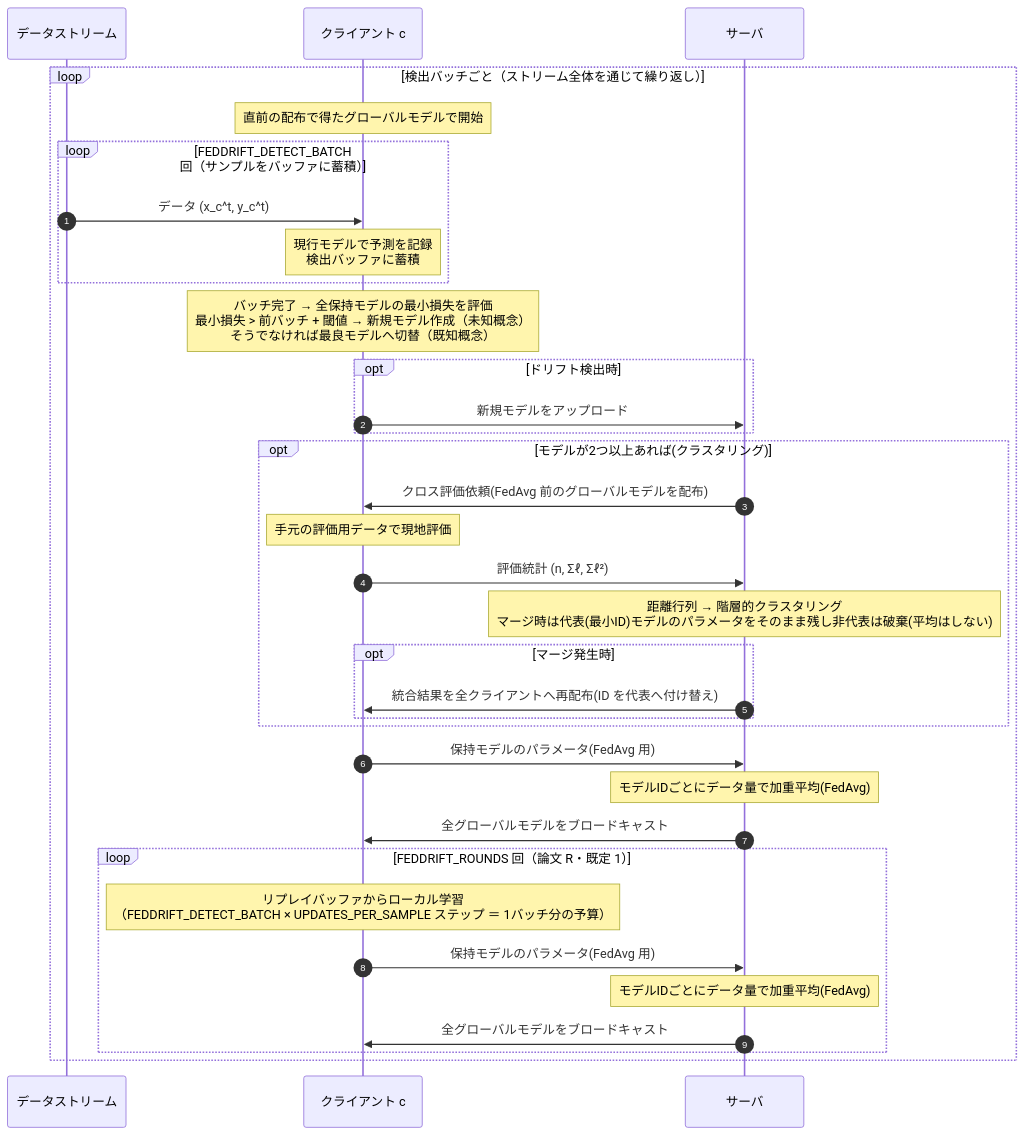
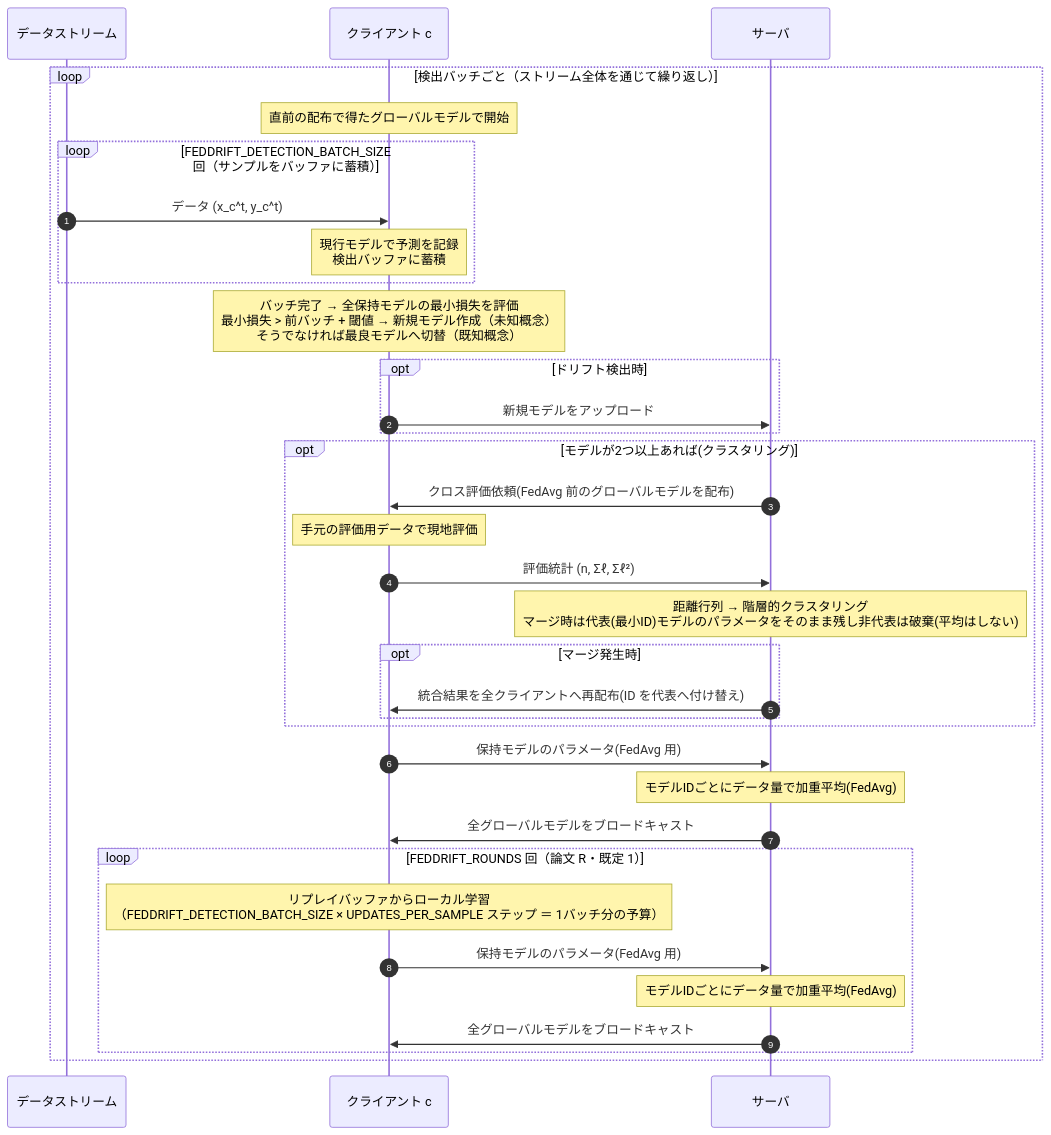
The fourth of 5 diagrams in docs/sequence-diagrams.md (shimmen3141/FedSDA-experiment), drawn with Mermaid before and after one commit. The commit also changed other lines of this file and 26 other files, not shown here.

Commit message:
Define canonical experiment parameter schema

````diff
--- a/docs/sequence-diagrams.md
+++ b/docs/sequence-diagrams.md
@@ -281,41 +281,41 @@
 ```mermaid
 sequenceDiagram
     autonumber
     participant D as データストリーム
     participant C as クライアント c
     participant S as サーバ
 
     loop 検出バッチごと（ストリーム全体を通じて繰り返し）
         Note over C: 直前の配布で得たグローバルモデルで開始
 
-        loop FEDDRIFT_DETECT_BATCH 回（サンプルをバッファに蓄積）
+        loop FEDDRIFT_DETECTION_BATCH_SIZE 回（サンプルをバッファに蓄積）
             D->>C: データ (x_c^t, y_c^t)
             Note over C: 現行モデルで予測を記録<br/>検出バッファに蓄積
         end
 
         Note over C: バッチ完了 → 全保持モデルの最小損失を評価<br/>最小損失 > 前バッチ + 閾値 → 新規モデル作成（未知概念）<br/>そうでなければ最良モデルへ切替（既知概念）
 
         opt ドリフト検出時
             C->>S: 新規モデルをアップロード
         end
         opt モデルが2つ以上あれば(クラスタリング)
             S->>C: クロス評価依頼(FedAvg 前のグローバルモデルを配布)
             Note over C: 手元の評価用データで現地評価
             C->>S: 評価統計 (n, Σℓ, Σℓ²)
             Note over S: 距離行列 → 階層的クラスタリング<br/>マージ時は代表(最小ID)モデルのパラメータをそのまま残し非代表は破棄(平均はしない)
             opt マージ発生時
                 S->>C: 統合結果を全クライアントへ再配布(ID を代表へ付け替え)
             end
         end
         C->>S: 保持モデルのパラメータ(FedAvg 用)
         Note over S: モデルIDごとにデータ量で加重平均(FedAvg)
         S->>C: 全グローバルモデルをブロードキャスト
 
         loop FEDDRIFT_ROUNDS 回（論文 R・既定 1）
-            Note over C: リプレイバッファからローカル学習<br/>（FEDDRIFT_DETECT_BATCH × UPDATES_PER_SAMPLE ステップ ＝ 1バッチ分の予算）
+            Note over C: リプレイバッファからローカル学習<br/>（FEDDRIFT_DETECTION_BATCH_SIZE × UPDATES_PER_SAMPLE ステップ ＝ 1バッチ分の予算）
             C->>S: 保持モデルのパラメータ(FedAvg 用)
             Note over S: モデルIDごとにデータ量で加重平均(FedAvg)
             S->>C: 全グローバルモデルをブロードキャスト
         end
     end
 ```
````
